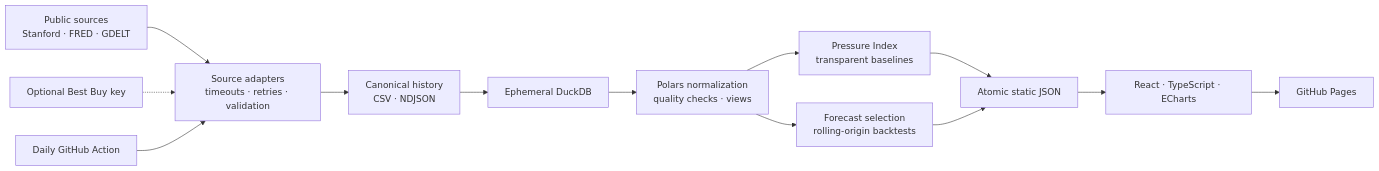
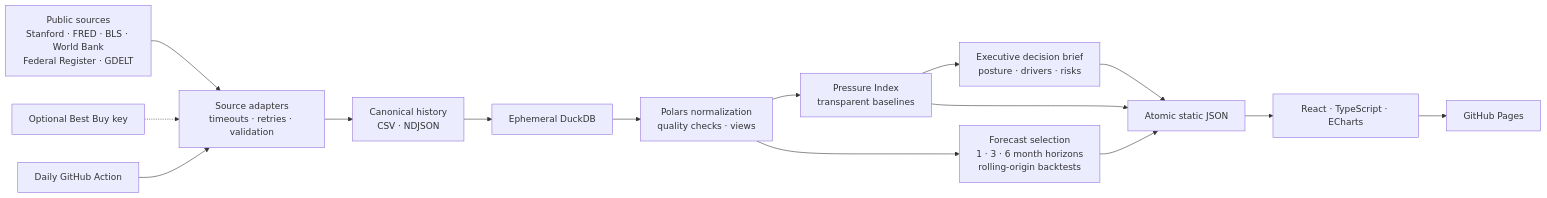
The diagram in README.md (Photon7777/memorypulse), drawn with Mermaid before and after one commit. The commit also changed other lines of this file and 62 other files, not shown here.

````diff
--- a/README.md
+++ b/README.md
@@ -29,15 +30,17 @@
 ```mermaid
 flowchart LR
-  A["Public sources\nStanford · FRED · GDELT"] --> B["Source adapters\ntimeouts · retries · validation"]
+  A["Public sources\nStanford · FRED · BLS · World Bank\nFederal Register · GDELT"] --> B["Source adapters\ntimeouts · retries · validation"]
   K["Optional Best Buy key"] -.-> B
   B --> C["Canonical history\nCSV · NDJSON"]
   C --> D["Ephemeral DuckDB"]
   D --> E["Polars normalization\nquality checks · views"]
   E --> F["Pressure Index\ntransparent baselines"]
-  E --> G["Forecast selection\nrolling-origin backtests"]
+  E --> G["Forecast selection\n1 · 3 · 6 month horizons\nrolling-origin backtests"]
+  F --> Q["Executive decision brief\nposture · drivers · risks"]
   F --> H["Atomic static JSON"]
   G --> H
+  Q --> H
   H --> I["React · TypeScript · ECharts"]
   I --> J["GitHub Pages"]
   L["Daily GitHub Action"] --> B
 ```
````
